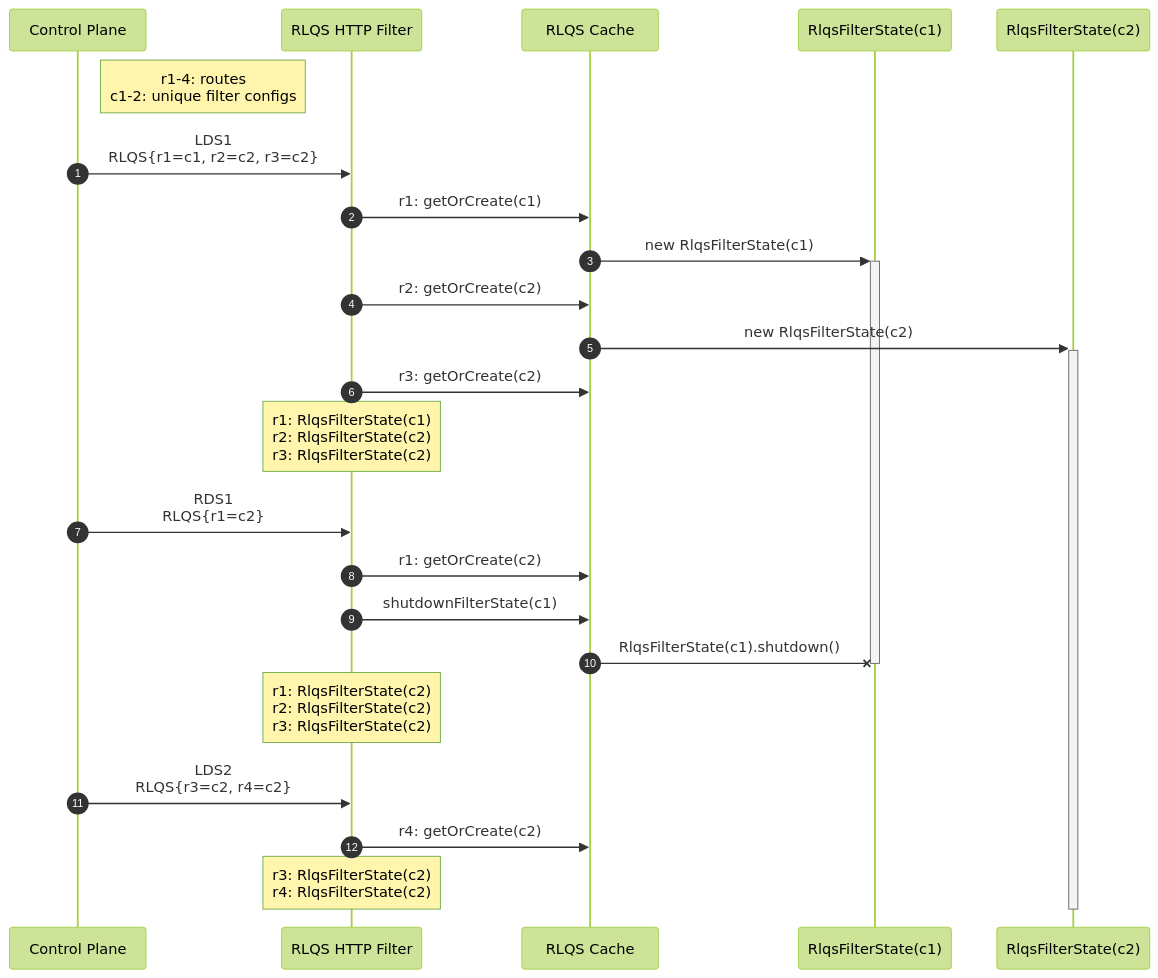
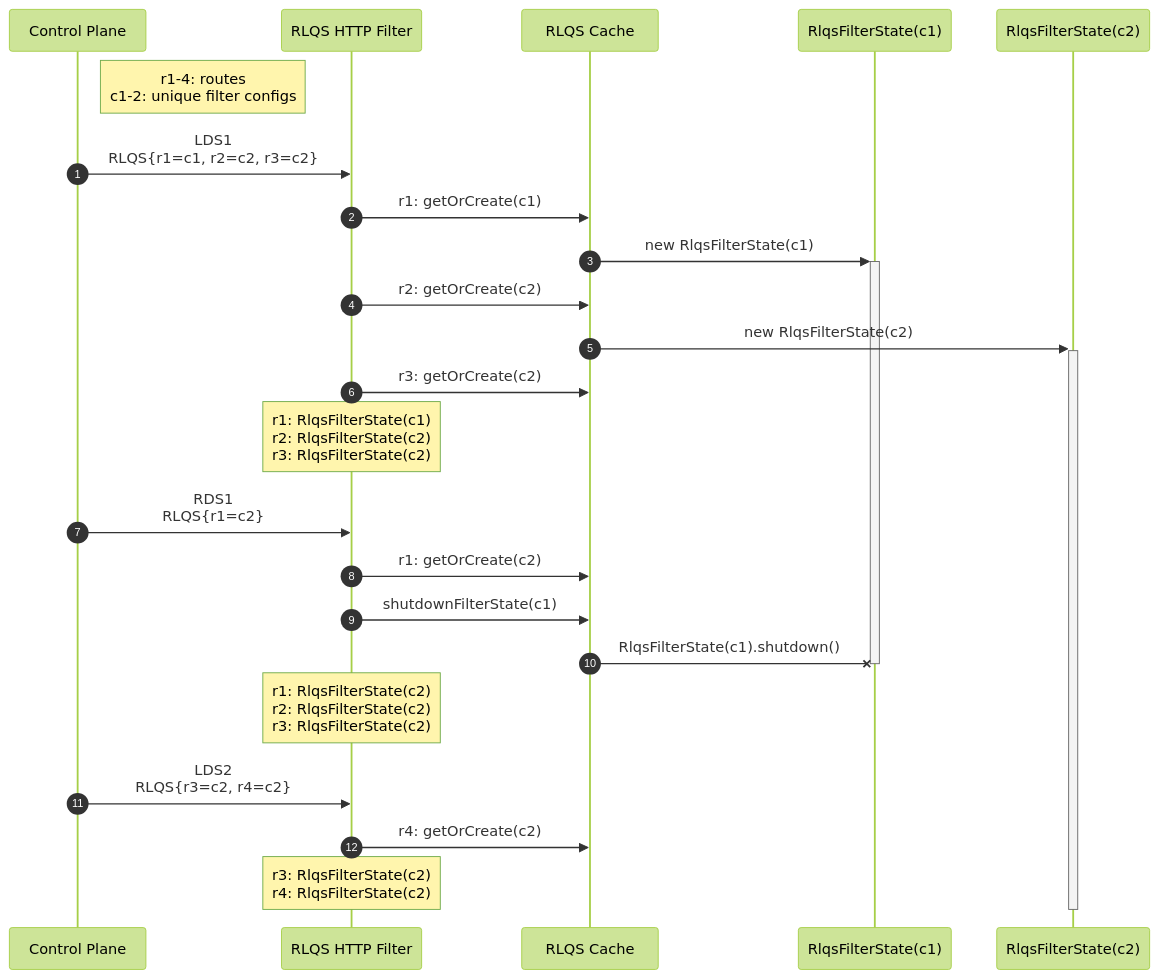
Before and after one commit to sergiitk/grfc-proposal: the second of 2 diagrams in A77-xds-rate-limiting-rlqs.md, drawn with Mermaid (forest theme).

Commit message:
increase margins

````diff
--- a/A77-xds-rate-limiting-rlqs.md
+++ b/A77-xds-rate-limiting-rlqs.md
@@ -302,49 +302,51 @@
 ```mermaid
 ---
 config:
   sequence:
     showSequenceNumbers: true
     height: 46
+    diagramMarginX: 40
+    diagramMarginY: 40
 ---
 sequenceDiagram
 
-%% gRFC: RLQS Filter Cache Lifecycle v1.2
+%% gRFC: RLQS Filter Cache Lifecycle v1.1
 
 participant td as Control Plane
 participant filter as RLQS HTTP Filter
 participant cache as RLQS Cache
 participant e1 as RlqsFilterState(c1)
 participant e2 as RlqsFilterState(c2)
 
 # Notes
 Note right of td: r1-4: routes <br />c1-2: unique filter configs
 
 %% LDS 1
 td->>filter: LDS1<br />RLQS{r1=c1, r2=c2, r3=c2}
 
 filter->>cache: r1: getOrCreate(c1)
 cache->>+e1: new RlqsFilterState(c1)
 
 filter->>cache: r2: getOrCreate(c2)
 cache->>+e2: new RlqsFilterState(c2)
 
 filter->>cache: r3: getOrCreate(c2)
 Note over filter: r1: RlqsFilterState(c1)<br/>r2: RlqsFilterState(c2)<br/>r3: RlqsFilterState(c2)
 
 %% RDS 1
 td->>filter: RDS1<br />RLQS{r1=c2}
 filter->>cache: r1: getOrCreate(c2)
 filter->>cache: shutdownFilterState(c1)
 cache-xe1: RlqsFilterState(c1).shutdown()
 deactivate e1
 Note over filter: r1: RlqsFilterState(c2)<br/>r2: RlqsFilterState(c2)<br/>r3: RlqsFilterState(c2)
 
 
 %% LDS 2
 td->>filter: LDS2<br />RLQS{r3=c2, r4=c2}
 filter->>cache: r4: getOrCreate(c2)
 Note over filter: r3: RlqsFilterState(c2)<br/>r4: RlqsFilterState(c2)
 
 %% End
 deactivate e2
 ```
````
